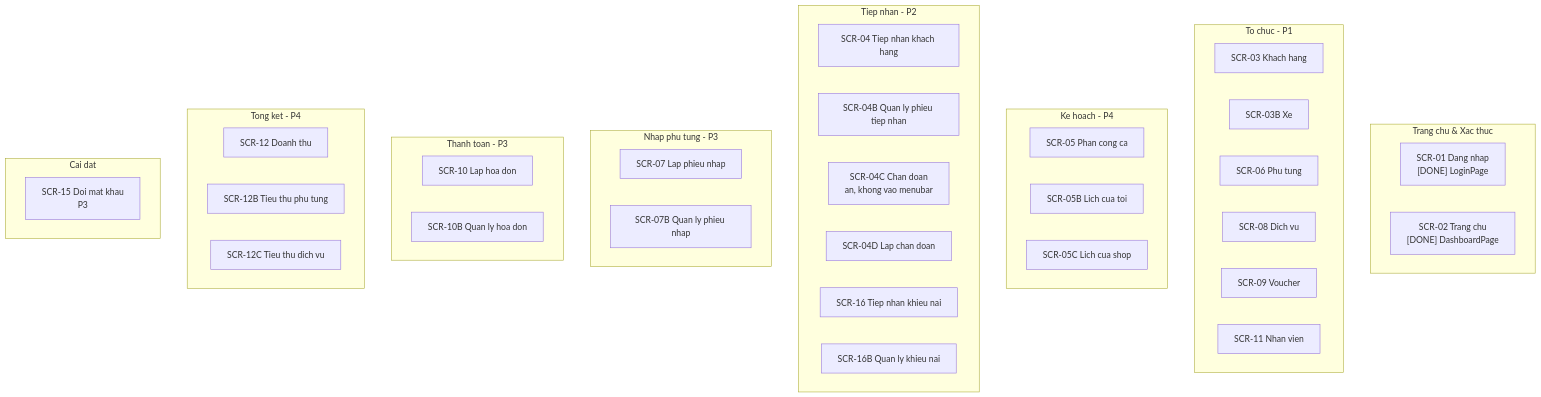
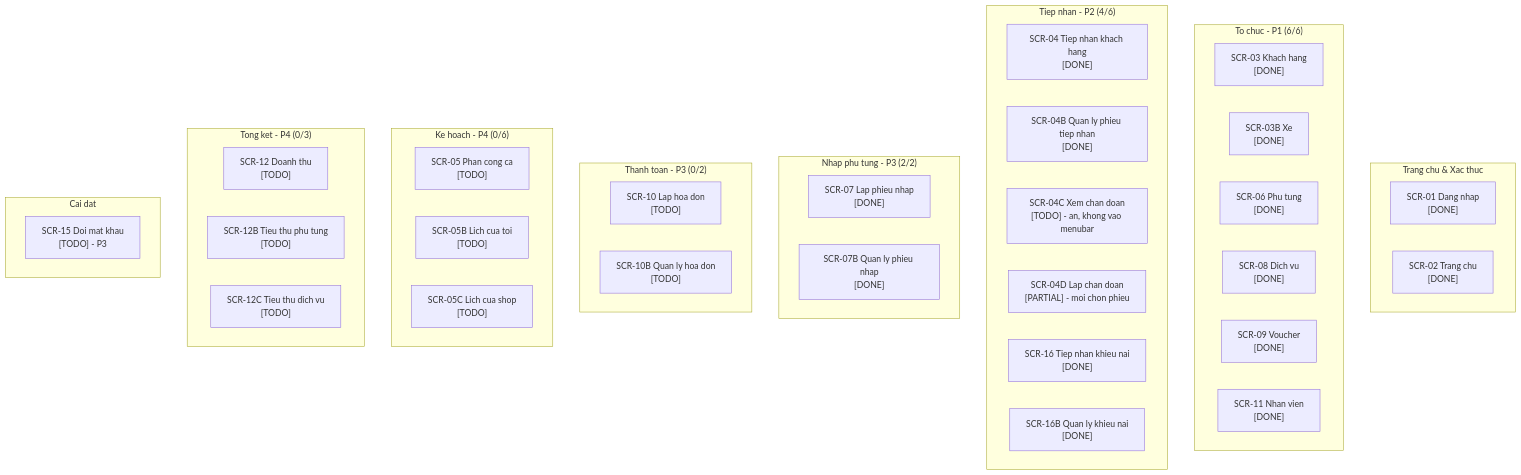
The fourth of 10 diagrams in assets/tasks/DGRAPH.md (MaiTheHao/iuh-fall2026-ptud), drawn with Mermaid before and after one commit. The commit also changed other lines of this file and 5 other files, not shown here.

````diff
--- a/assets/tasks/DGRAPH.md
+++ b/assets/tasks/DGRAPH.md
@@ -106,51 +92,51 @@
 ```mermaid
 flowchart TD
     subgraph sgAuth["Trang chu & Xac thuc"]
-        scr01["SCR-01 Dang nhap<br/>[DONE] LoginPage"]
-        scr02["SCR-02 Trang chu<br/>[DONE] DashboardPage"]
+        scr01["SCR-01 Dang nhap<br/>[DONE]"]
+        scr02["SCR-02 Trang chu<br/>[DONE]"]
     end
 
-    subgraph sgOrg["To chuc - P1"]
-        scr03["SCR-03 Khach hang"]
-        scr03b["SCR-03B Xe"]
-        scr06["SCR-06 Phu tung"]
-        scr08["SCR-08 Dich vu"]
-        scr09["SCR-09 Voucher"]
-        scr11["SCR-11 Nhan vien"]
+    subgraph sgOrg["To chuc - P1 (6/6)"]
+        scr03["SCR-03 Khach hang<br/>[DONE]"]
+        scr03b["SCR-03B Xe<br/>[DONE]"]
+        scr06["SCR-06 Phu tung<br/>[DONE]"]
+        scr08["SCR-08 Dich vu<br/>[DONE]"]
+        scr09["SCR-09 Voucher<br/>[DONE]"]
+        scr11["SCR-11 Nhan vien<br/>[DONE]"]
     end
 
-    subgraph sgPlan["Ke hoach - P4"]
-        scr05["SCR-05 Phan cong ca"]
-        scr05b["SCR-05B Lich cua toi"]
-        scr05c["SCR-05C Lich cua shop"]
+    subgraph sgIntake["Tiep nhan - P2 (4/6)"]
+        scr04["SCR-04 Tiep nhan khach hang<br/>[DONE]"]
+        scr04b["SCR-04B Quan ly phieu tiep nhan<br/>[DONE]"]
+        scr04c["SCR-04C Xem chan doan<br/>[TODO] - an, khong vao menubar"]
+        scr04d["SCR-04D Lap chan doan<br/>[PARTIAL] - moi chon phieu"]
+        scr16["SCR-16 Tiep nhan khieu nai<br/>[DONE]"]
+        scr16b["SCR-16B Quan ly khieu nai<br/>[DONE]"]
     end
 
-    subgraph sgIntake["Tiep nhan - P2"]
-        scr04["SCR-04 Tiep nhan khach hang"]
-        scr04b["SCR-04B Quan ly phieu tiep nhan"]
-        scr04c["SCR-04C Chan doan<br/>an, khong vao menubar"]
-        scr04d["SCR-04D Lap chan doan"]
-        scr16["SCR-16 Tiep nhan khieu nai"]
-        scr16b["SCR-16B Quan ly khieu nai"]
+    subgraph sgParts["Nhap phu tung - P3 (2/2)"]
+        scr07["SCR-07 Lap phieu nhap<br/>[DONE]"]
+        scr07b["SCR-07B Quan ly phieu nhap<br/>[DONE]"]
     end
 
-    subgraph sgParts["Nhap phu tung - P3"]
-        scr07["SCR-07 Lap phieu nhap"]
-        scr07b["SCR-07B Quan ly phieu nhap"]
+    subgraph sgPay["Thanh toan - P3 (0/2)"]
+        scr10["SCR-10 Lap hoa don<br/>[TODO]"]
+        scr10b["SCR-10B Quan ly hoa don<br/>[TODO]"]
     end
 
-    subgraph sgPay["Thanh toan - P3"]
-        scr10["SCR-10 Lap hoa don"]
-        scr10b["SCR-10B Quan ly hoa don"]
+    subgraph sgPlan["Ke hoach - P4 (0/6)"]
+        scr05["SCR-05 Phan cong ca<br/>[TODO]"]
+        scr05b["SCR-05B Lich cua toi<br/>[TODO]"]
+        scr05c["SCR-05C Lich cua shop<br/>[TODO]"]
     end
 
-    subgraph sgReport["Tong ket - P4"]
-        scr12["SCR-12 Doanh thu"]
-        scr12b["SCR-12B Tieu thu phu tung"]
-        scr12c["SCR-12C Tieu thu dich vu"]
+    subgraph sgReport["Tong ket - P4 (0/3)"]
+        scr12["SCR-12 Doanh thu<br/>[TODO]"]
+        scr12b["SCR-12B Tieu thu phu tung<br/>[TODO]"]
+        scr12c["SCR-12C Tieu thu dich vu<br/>[TODO]"]
     end
 
     subgraph sgSet["Cai dat"]
-        scr15["SCR-15 Doi mat khau<br/>P3"]
+        scr15["SCR-15 Doi mat khau<br/>[TODO] - P3"]
     end
 ```
````
